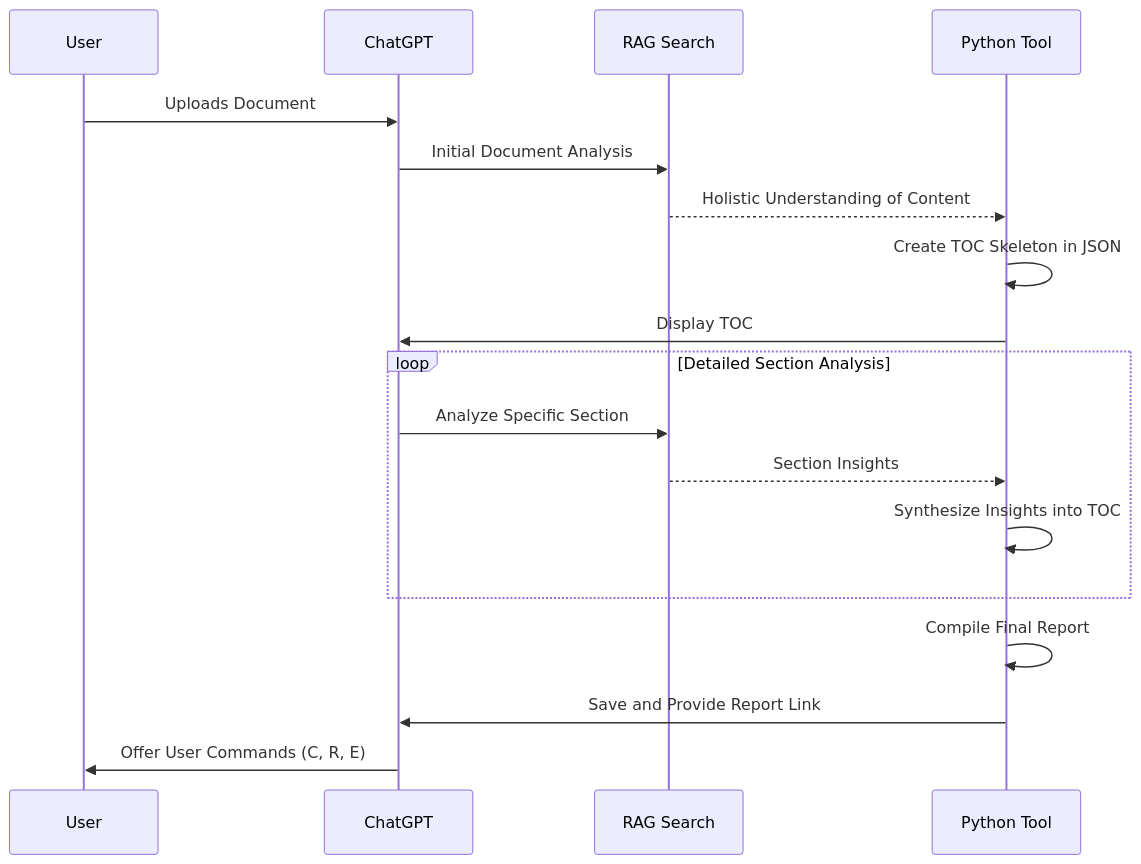
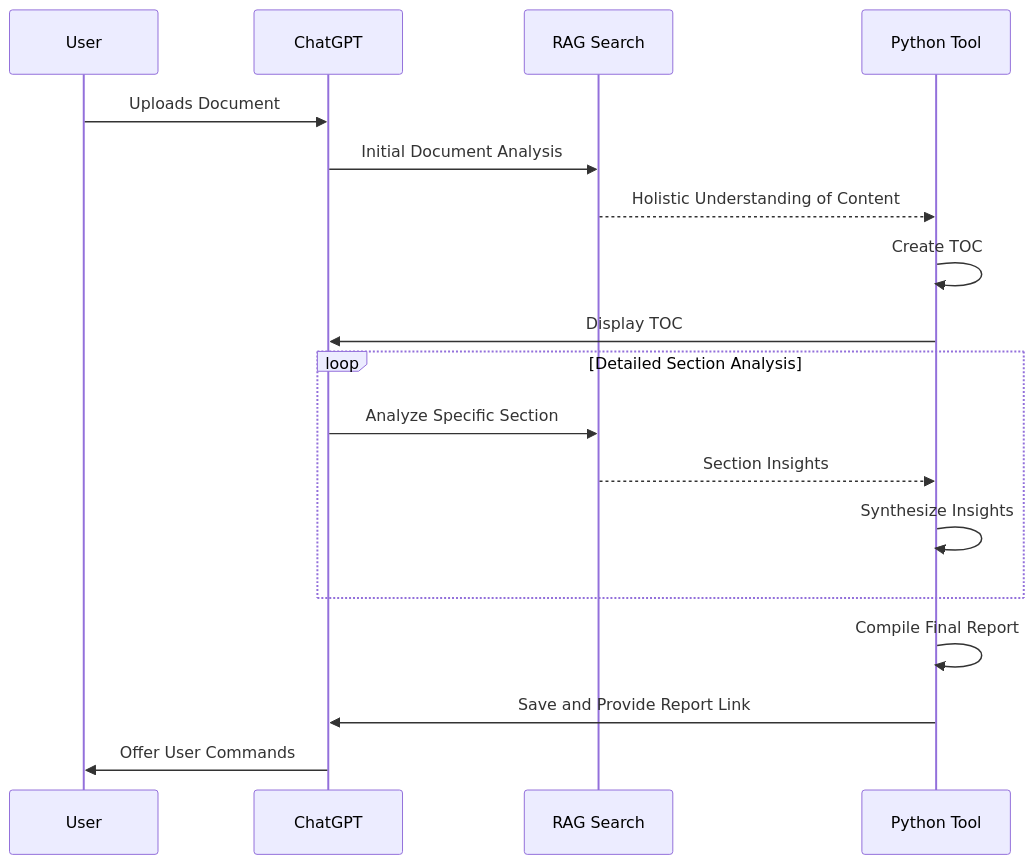
Before and after one commit to nerority/Advanced-GPTs: the third of 11 diagrams in README.md, drawn with Mermaid. The commit also changed other lines of this file, not shown here.

````diff
--- a/README.md
+++ b/README.md
@@ -211,21 +211,21 @@
 ```mermaid
 sequenceDiagram
     participant User
     participant ChatGPT
     participant RAG as RAG Search
     participant PythonTool as Python Tool
 
     User->>ChatGPT: Uploads Document
     ChatGPT->>RAG: Initial Document Analysis
     RAG-->>PythonTool: Holistic Understanding of Content
-    PythonTool->>PythonTool: Create TOC Skeleton in JSON
+    PythonTool->>PythonTool: Create TOC
     PythonTool->>ChatGPT: Display TOC
     loop Detailed Section Analysis
         ChatGPT->>RAG: Analyze Specific Section
         RAG-->>PythonTool: Section Insights
-        PythonTool->>PythonTool: Synthesize Insights into TOC
+        PythonTool->>PythonTool: Synthesize Insights
     end
     PythonTool->>PythonTool: Compile Final Report
     PythonTool->>ChatGPT: Save and Provide Report Link
-    ChatGPT->>User: Offer User Commands (C, R, E)
+    ChatGPT->>User: Offer User Commands
 ```
````
